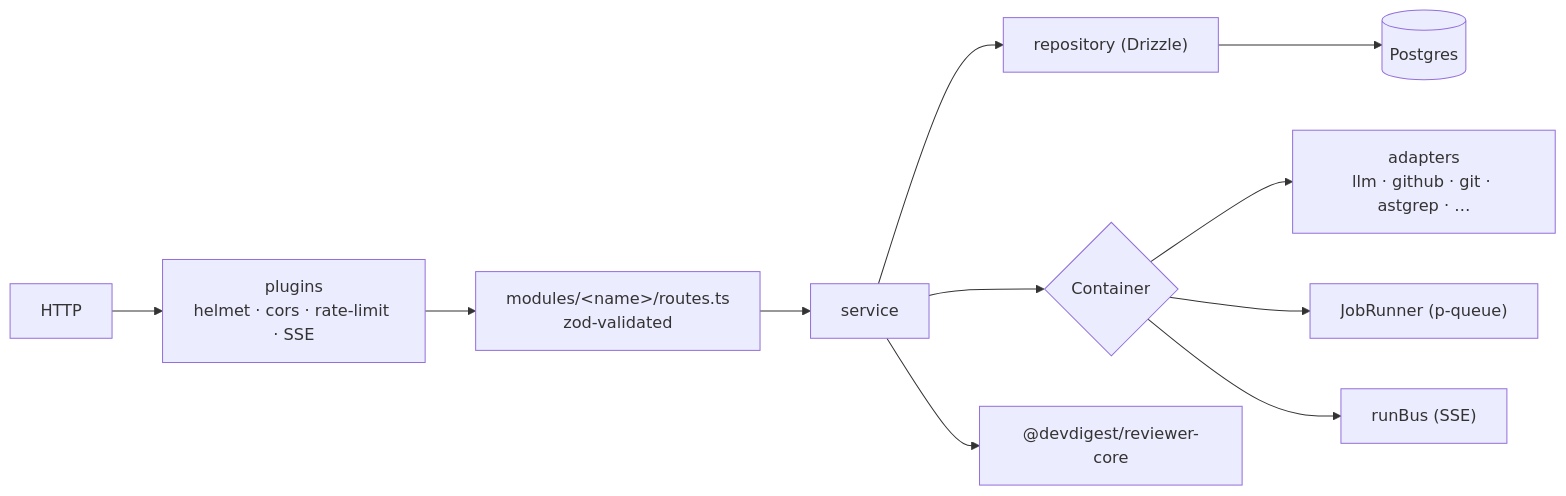
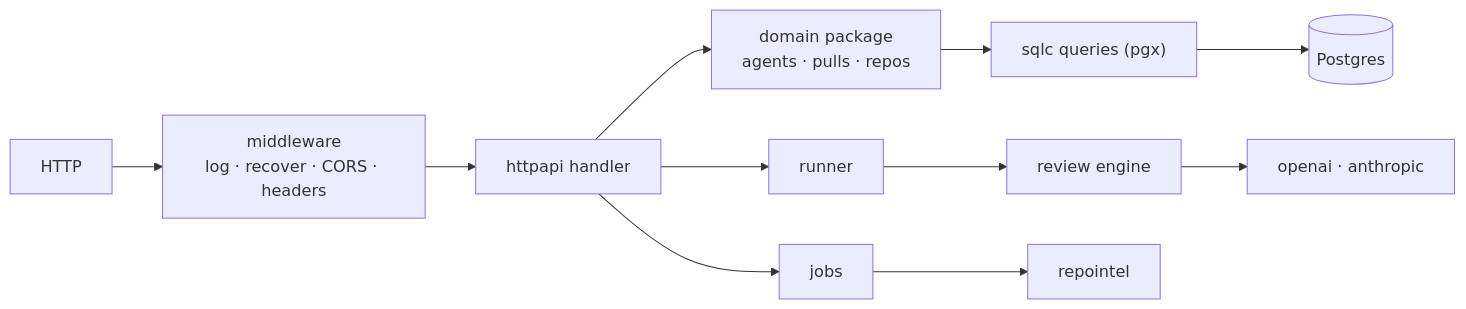
Before and after one commit to DimaMaimesko/dev-digest: the second of 2 diagrams in .claude/skills/onboard/SKILL.md, drawn with Mermaid. The commit also changed other lines of this file and 170 other files, not shown here.

````diff
--- a/.claude/skills/onboard/SKILL.md
+++ b/.claude/skills/onboard/SKILL.md
@@ -153,12 +140,10 @@
 ```mermaid
 flowchart LR
-  REQ["HTTP"] --> PLUG["plugins<br/>helmet · cors · rate-limit · SSE"]
-  PLUG --> ROUTE["modules/&lt;name&gt;/routes.ts<br/>zod-validated"]
-  ROUTE --> SVC["service"]
-  SVC --> REPO["repository (Drizzle)"] --> PG[("Postgres")]
-  SVC --> DI{"Container"}
-  DI --> ADP["adapters<br/>llm · github · git · astgrep · …"]
-  DI --> JOBS["JobRunner (p-queue)"]
-  DI --> BUS["runBus (SSE)"]
-  SVC --> CORE["@devdigest/reviewer-core"]
+  REQ["HTTP"] --> MW["middleware<br/>log · recover · CORS · headers"]
+  MW --> H["httpapi handler"]
+  H --> DOM["domain package<br/>agents · pulls · repos"]
+  DOM --> Q["sqlc queries (pgx)"] --> PG[("Postgres")]
+  H --> RUN["runner"] --> ENG["review engine"]
+  ENG --> LLM["openai · anthropic"]
+  H --> JOBS["jobs"] --> RI["repointel"]
 ```
````
